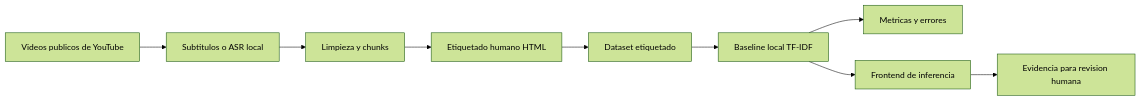
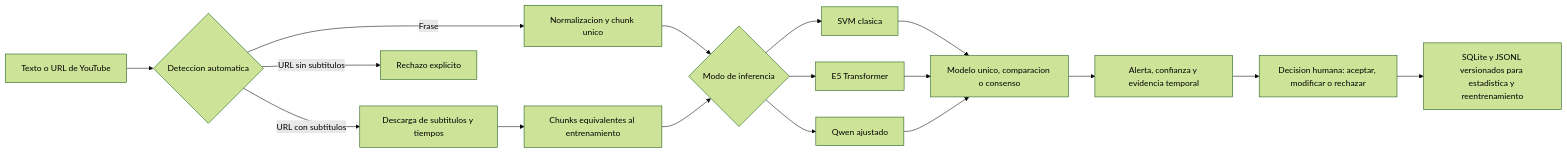
Before and after one commit to lkoc/Trabajo_PLN-MIA-Grupo4: the diagram in Documento_final_paper/figuras/arquitectura_sistema.mmd, drawn with Mermaid (forest theme). The commit also changed 229 other files, not shown here.

```diff
--- a/Documento_final_paper/figuras/arquitectura_sistema.mmd
+++ b/Documento_final_paper/figuras/arquitectura_sistema.mmd
@@ -1,9 +1,17 @@
 flowchart LR
-  A[Videos publicos de YouTube] --> B[Subtitulos o ASR local]
-  B --> C[Limpieza y chunks]
-  C --> D[Etiquetado humano HTML]
-  D --> E[Dataset etiquetado]
-  E --> F[Baseline local TF-IDF]
-  F --> G[Metricas y errores]
-  F --> H[Frontend de inferencia]
-  H --> I[Evidencia para revision humana]
+  A[Texto o URL de YouTube] --> B{Deteccion automatica}
+  B -->|Frase| C[Normalizacion y chunk unico]
+  B -->|URL con subtitulos| D[Descarga de subtitulos y tiempos]
+  B -->|URL sin subtitulos| X[Rechazo explicito]
+  D --> E[Chunks equivalentes al entrenamiento]
+  C --> F{Modo de inferencia}
+  E --> F
+  F --> G[SVM clasica]
+  F --> H[E5 Transformer]
+  F --> I[Qwen ajustado]
+  G --> J[Modelo unico, comparacion o consenso]
+  H --> J
+  I --> J
+  J --> K[Alerta, confianza y evidencia temporal]
+  K --> L[Decision humana: aceptar, modificar o rechazar]
+  L --> M[SQLite y JSONL versionados para estadistica y reentrenamiento]
```
